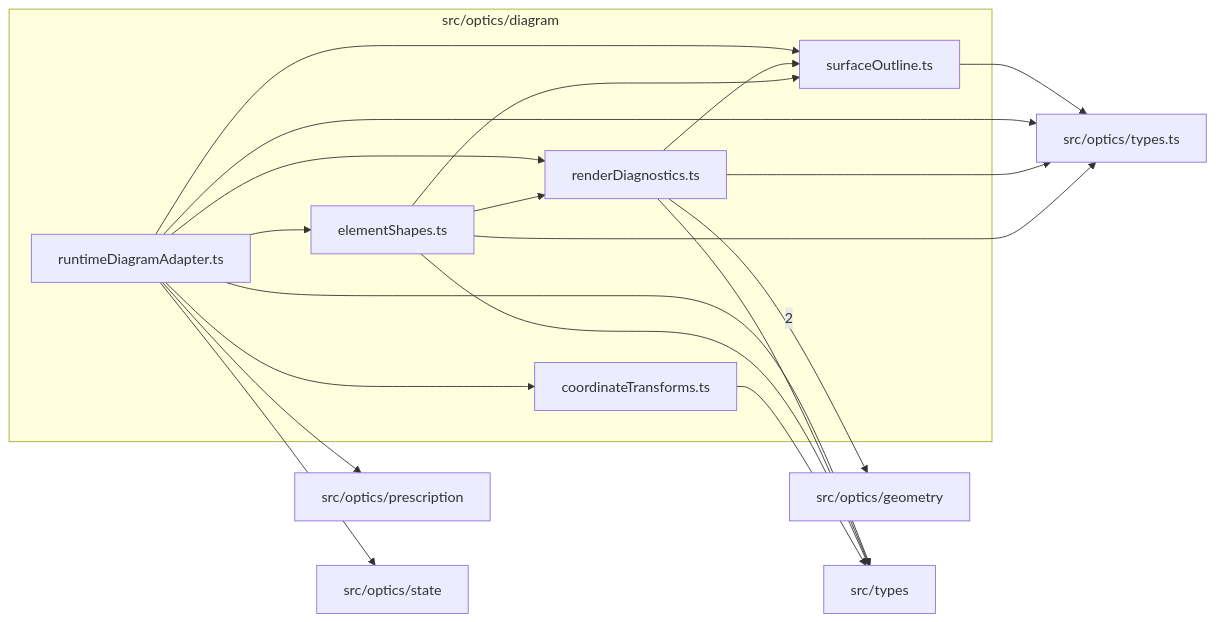
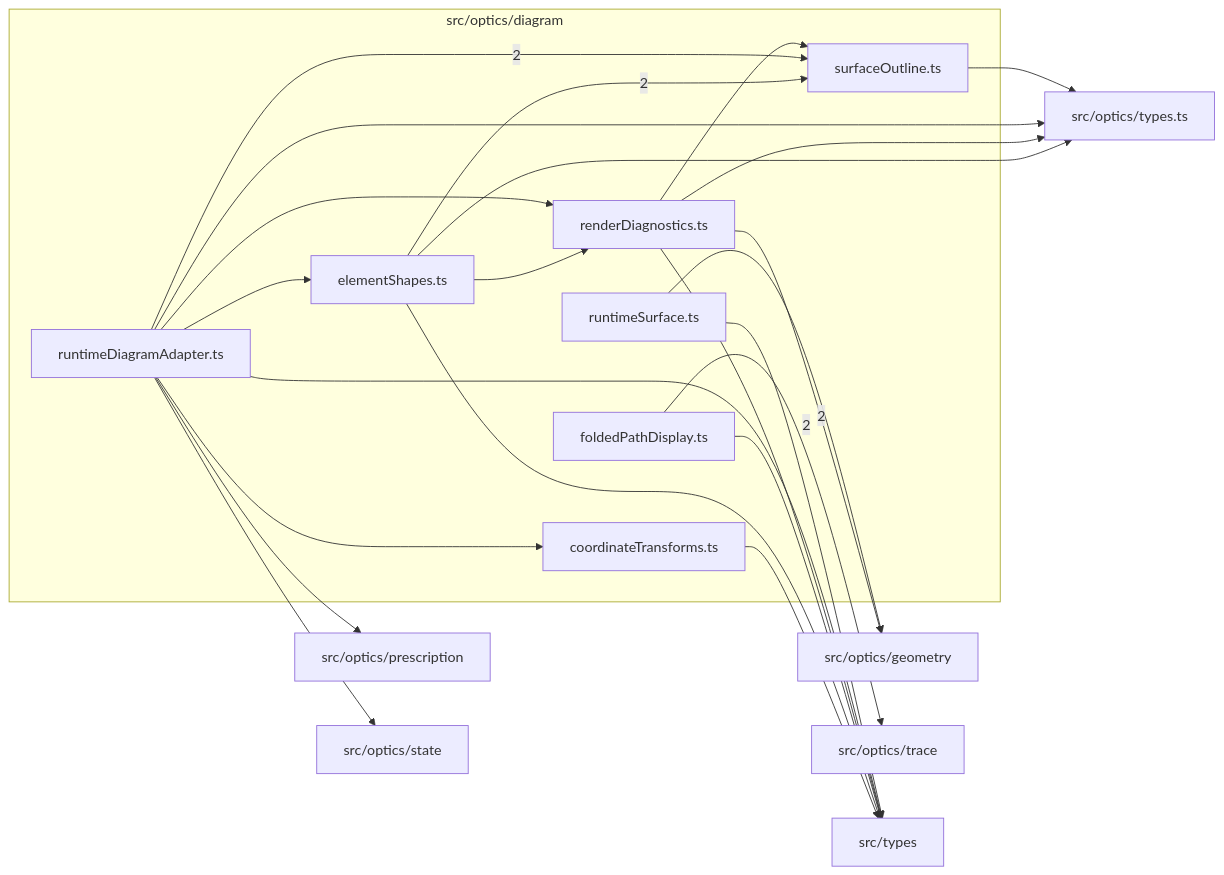
Before and after one commit to ronbuening/LensVisualizer: the diagram in src/optics/diagram/readme.md, drawn with Mermaid. The commit also changed other lines of this file and 439 other files, not shown here.

````diff
--- a/src/optics/diagram/readme.md
+++ b/src/optics/diagram/readme.md
@@ -9,33 +9,40 @@
 ```mermaid
 flowchart LR
   subgraph n_src_optics_diagram["src/optics/diagram"]
     n_src_optics_diagram_src_optics_diagram_coordinateTransforms_ts["coordinateTransforms.ts"]
     n_src_optics_diagram_src_optics_diagram_elementShapes_ts["elementShapes.ts"]
+    n_src_optics_diagram_src_optics_diagram_foldedPathDisplay_ts["foldedPathDisplay.ts"]
     n_src_optics_diagram_src_optics_diagram_renderDiagnostics_ts["renderDiagnostics.ts"]
     n_src_optics_diagram_src_optics_diagram_runtimeDiagramAdapter_ts["runtimeDiagramAdapter.ts"]
+    n_src_optics_diagram_src_optics_diagram_runtimeSurface_ts["runtimeSurface.ts"]
     n_src_optics_diagram_src_optics_diagram_surfaceOutline_ts["surfaceOutline.ts"]
   end
   n_external_src_optics_geometry["src/optics/geometry"]
+  n_external_src_optics_trace["src/optics/trace"]
   n_external_src_optics_prescription["src/optics/prescription"]
   n_external_src_optics_state["src/optics/state"]
   n_external_src_optics_types_ts["src/optics/types.ts"]
   n_external_src_types["src/types"]
   n_src_optics_diagram_src_optics_diagram_renderDiagnostics_ts --> |2| n_external_src_optics_geometry
+  n_src_optics_diagram_src_optics_diagram_foldedPathDisplay_ts --> |2| n_external_src_optics_trace
+  n_src_optics_diagram_src_optics_diagram_elementShapes_ts --> |2| n_src_optics_diagram_src_optics_diagram_surfaceOutline_ts
+  n_src_optics_diagram_src_optics_diagram_runtimeDiagramAdapter_ts --> |2| n_src_optics_diagram_src_optics_diagram_surfaceOutline_ts
+  n_src_optics_diagram_src_optics_diagram_runtimeSurface_ts --> n_external_src_optics_geometry
   n_src_optics_diagram_src_optics_diagram_runtimeDiagramAdapter_ts --> n_external_src_optics_prescription
   n_src_optics_diagram_src_optics_diagram_runtimeDiagramAdapter_ts --> n_external_src_optics_state
   n_src_optics_diagram_src_optics_diagram_elementShapes_ts --> n_external_src_optics_types_ts
   n_src_optics_diagram_src_optics_diagram_renderDiagnostics_ts --> n_external_src_optics_types_ts
   n_src_optics_diagram_src_optics_diagram_runtimeDiagramAdapter_ts --> n_external_src_optics_types_ts
   n_src_optics_diagram_src_optics_diagram_surfaceOutline_ts --> n_external_src_optics_types_ts
   n_src_optics_diagram_src_optics_diagram_coordinateTransforms_ts --> n_external_src_types
   n_src_optics_diagram_src_optics_diagram_elementShapes_ts --> n_external_src_types
+  n_src_optics_diagram_src_optics_diagram_foldedPathDisplay_ts --> n_external_src_types
   n_src_optics_diagram_src_optics_diagram_renderDiagnostics_ts --> n_external_src_types
   n_src_optics_diagram_src_optics_diagram_runtimeDiagramAdapter_ts --> n_external_src_types
+  n_src_optics_diagram_src_optics_diagram_runtimeSurface_ts --> n_external_src_types
   n_src_optics_diagram_src_optics_diagram_runtimeDiagramAdapter_ts --> n_src_optics_diagram_src_optics_diagram_coordinateTransforms_ts
   n_src_optics_diagram_src_optics_diagram_runtimeDiagramAdapter_ts --> n_src_optics_diagram_src_optics_diagram_elementShapes_ts
   n_src_optics_diagram_src_optics_diagram_elementShapes_ts --> n_src_optics_diagram_src_optics_diagram_renderDiagnostics_ts
   n_src_optics_diagram_src_optics_diagram_runtimeDiagramAdapter_ts --> n_src_optics_diagram_src_optics_diagram_renderDiagnostics_ts
-  n_src_optics_diagram_src_optics_diagram_elementShapes_ts --> n_src_optics_diagram_src_optics_diagram_surfaceOutline_ts
   n_src_optics_diagram_src_optics_diagram_renderDiagnostics_ts --> n_src_optics_diagram_src_optics_diagram_surfaceOutline_ts
-  n_src_optics_diagram_src_optics_diagram_runtimeDiagramAdapter_ts --> n_src_optics_diagram_src_optics_diagram_surfaceOutline_ts
 ```
````
